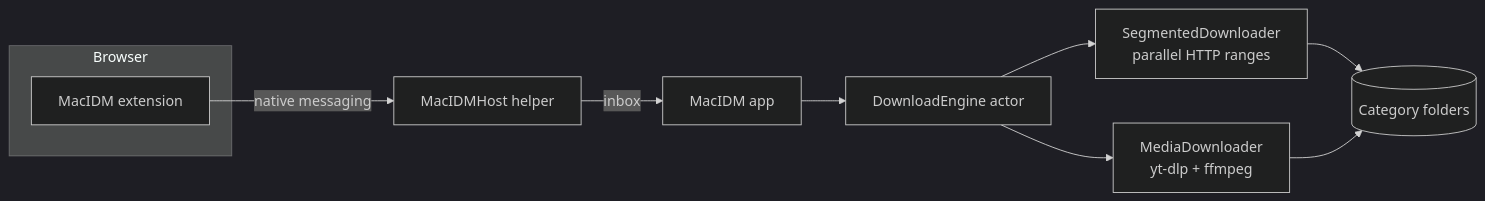
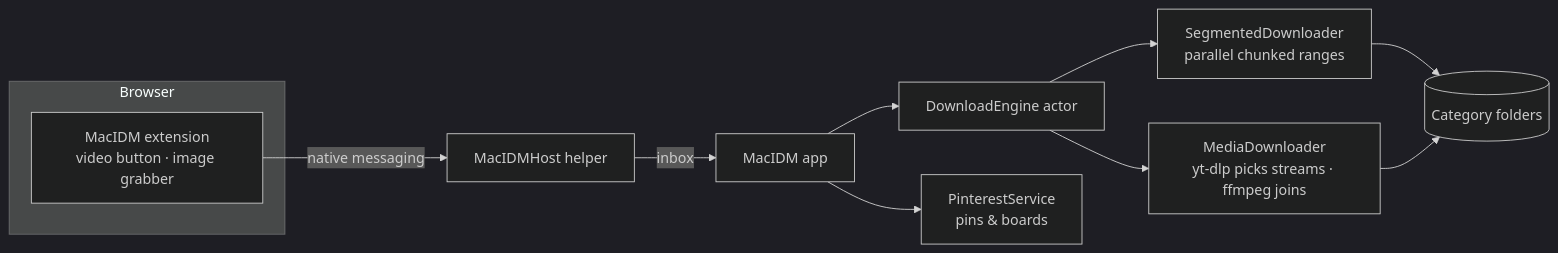
Before and after one commit to gmraselparvez/MacIDM: the diagram in README.md, drawn with Mermaid (dark theme). The commit also changed other lines of this file and 19 other files, not shown here.

First line of the commit message:
Image grabber, Pinterest pins and boards, Images category

````diff
--- a/README.md
+++ b/README.md
@@ -121,13 +105,14 @@
 ```mermaid
 flowchart LR
     subgraph Browser
-      E[MacIDM extension]
+      E[MacIDM extension<br/>video button · image grabber]
     end
     E -- native messaging --> H[MacIDMHost helper]
     H -- inbox --> A[MacIDM app]
     A --> D[DownloadEngine actor]
-    D --> S[SegmentedDownloader<br/>parallel HTTP ranges]
-    D --> M[MediaDownloader<br/>yt-dlp + ffmpeg]
+    D --> S[SegmentedDownloader<br/>parallel chunked ranges]
+    D --> M[MediaDownloader<br/>yt-dlp picks streams · ffmpeg joins]
+    A --> P[PinterestService<br/>pins & boards]
     S --> F[(Category folders)]
     M --> F
 ```
````
